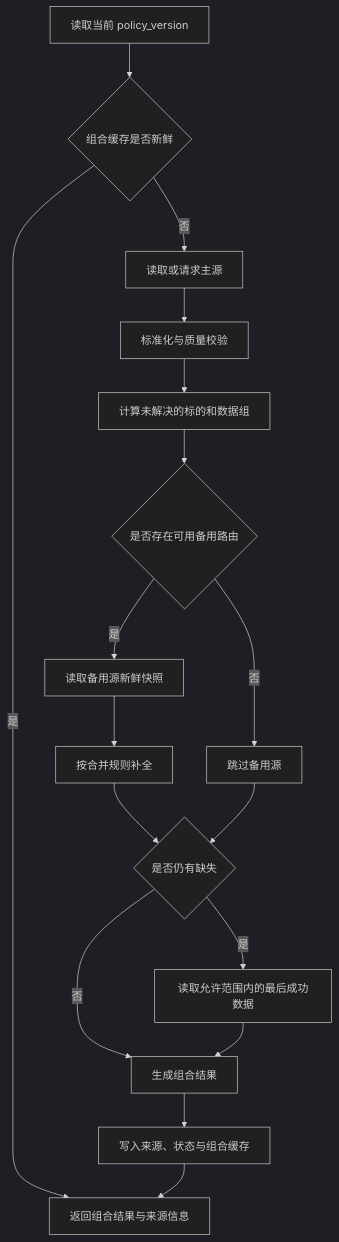
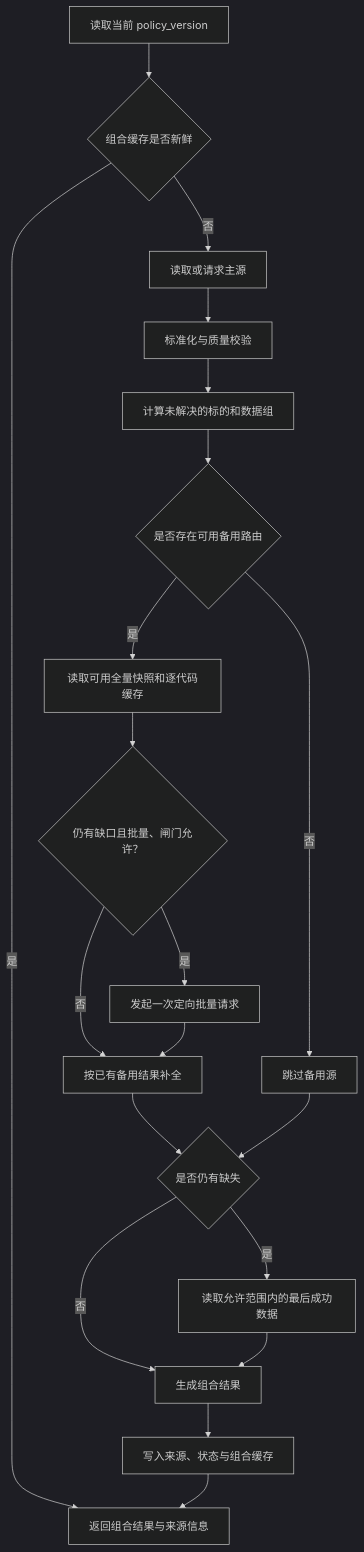
One commit to lizezhen13/Dibobo changed the second of 2 diagrams in docs/requirements/Dibobo-Multi-Source-Data-Gateway-PRD.md. Above: the diagram before and after it, drawn with Mermaid (dark theme). The commit also changed other lines of this file and 31 other files, not shown here.

````diff
--- a/docs/requirements/Dibobo-Multi-Source-Data-Gateway-PRD.md
+++ b/docs/requirements/Dibobo-Multi-Source-Data-Gateway-PRD.md
@@ -327,19 +334,22 @@
 ```mermaid
 flowchart TD
     A["读取当前 policy_version"] --> B{"组合缓存是否新鲜"}
     B -- 是 --> C["返回组合结果与来源信息"]
     B -- 否 --> D["读取或请求主源"]
     D --> E["标准化与质量校验"]
     E --> F["计算未解决的标的和数据组"]
     F --> G{"是否存在可用备用路由"}
-    G -- 是 --> H["读取备用源新鲜快照"]
-    H --> I["按合并规则补全"]
+    G -- 是 --> H["读取可用全量快照和逐代码缓存"]
+    H --> O{"仍有缺口且批量、闸门允许？"}
+    O -- 是 --> P["发起一次定向批量请求"]
+    O -- 否 --> I["按已有备用结果补全"]
+    P --> I
     G -- 否 --> J["跳过备用源"]
     I --> K{"是否仍有缺失"}
     J --> K
     K -- 是 --> L["读取允许范围内的最后成功数据"]
     K -- 否 --> M["生成组合结果"]
     L --> M
     M --> N["写入来源、状态与组合缓存"]
     N --> C
 ```
````
